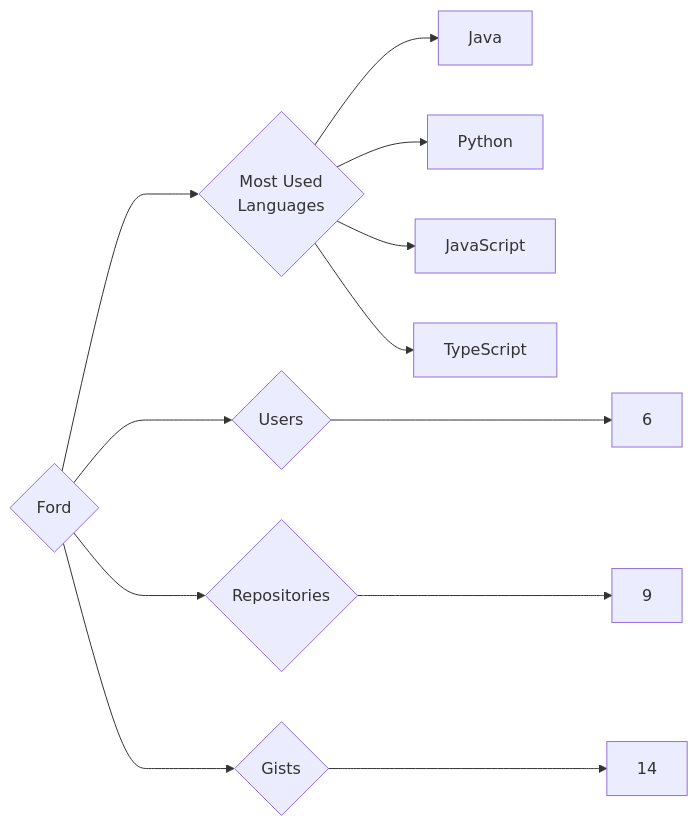
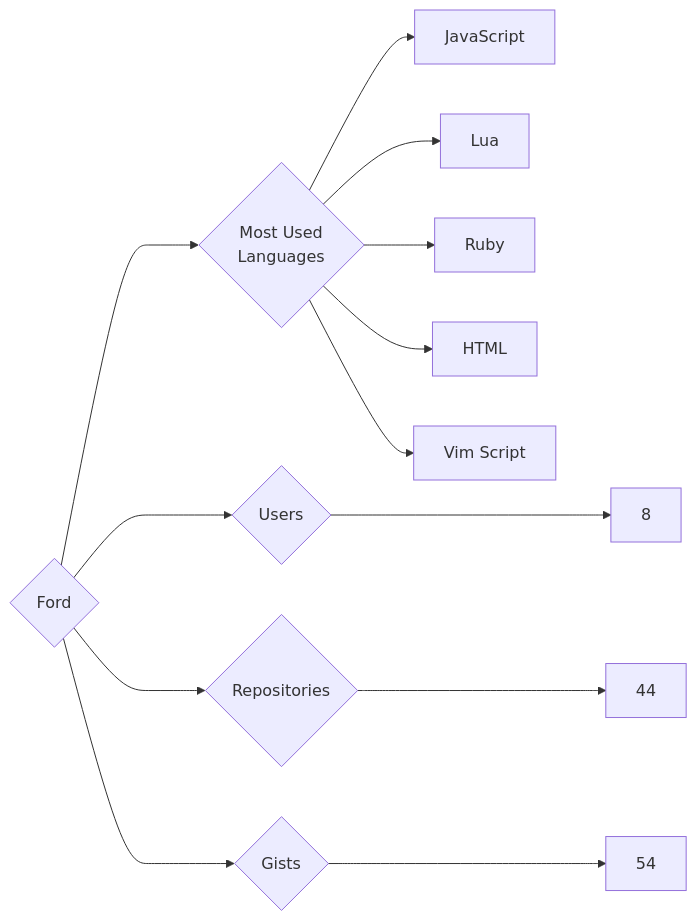
One commit to trickest/insiders changed the diagram in targets/Ford/README.md. Above: the diagram before and after it, drawn with Mermaid. The commit also changed 776 other files, not shown here.

````diff
--- a/targets/Ford/README.md
+++ b/targets/Ford/README.md
@@ -3,12 +3,13 @@
 ```mermaid
 graph LR
 COMPANY_NAME{Ford}
-COMPANY_NAME ---> U{Users} ---> UN[6]
-COMPANY_NAME ---> R{Repositories} ---> RN[9]
-COMPANY_NAME ---> G{Gists} ---> GN[14]
+COMPANY_NAME ---> U{Users} ---> UN[8]
+COMPANY_NAME ---> R{Repositories} ---> RN[44]
+COMPANY_NAME ---> G{Gists} ---> GN[54]
 COMPANY_NAME ---> ML{Most Used<br>Languages}
-ML --> Java[Java]
-ML --> Python[Python]
 ML --> JavaScript[JavaScript]
-ML --> TypeScript[TypeScript]
+ML --> Lua[Lua]
+ML --> Ruby[Ruby]
+ML --> HTML[HTML]
+ML --> Vim_Script[Vim Script]
 ```
````
